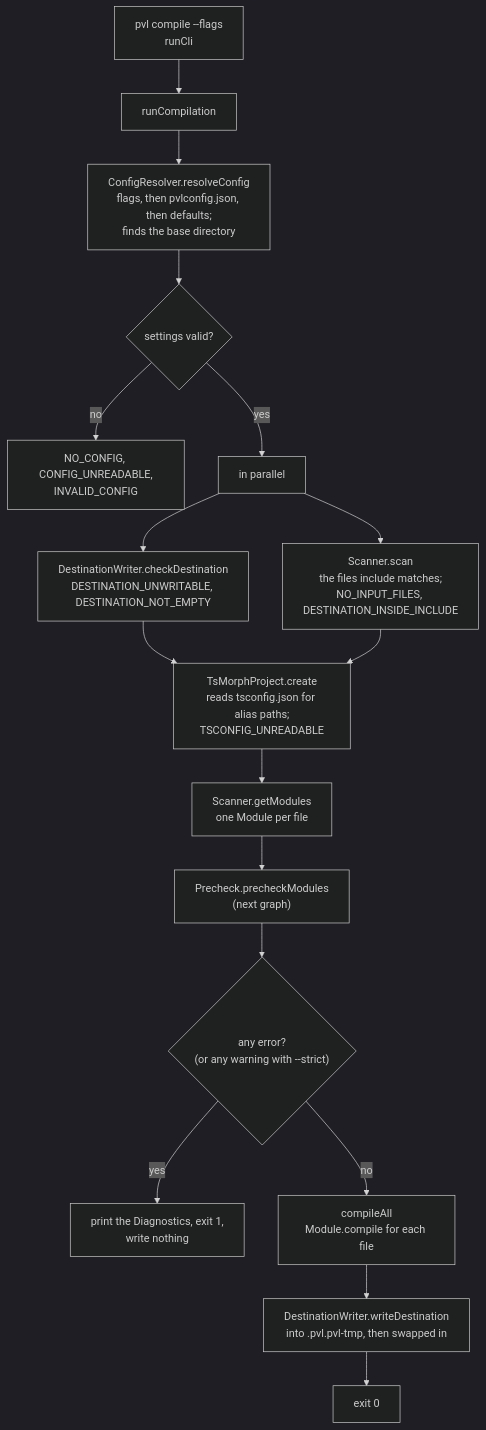
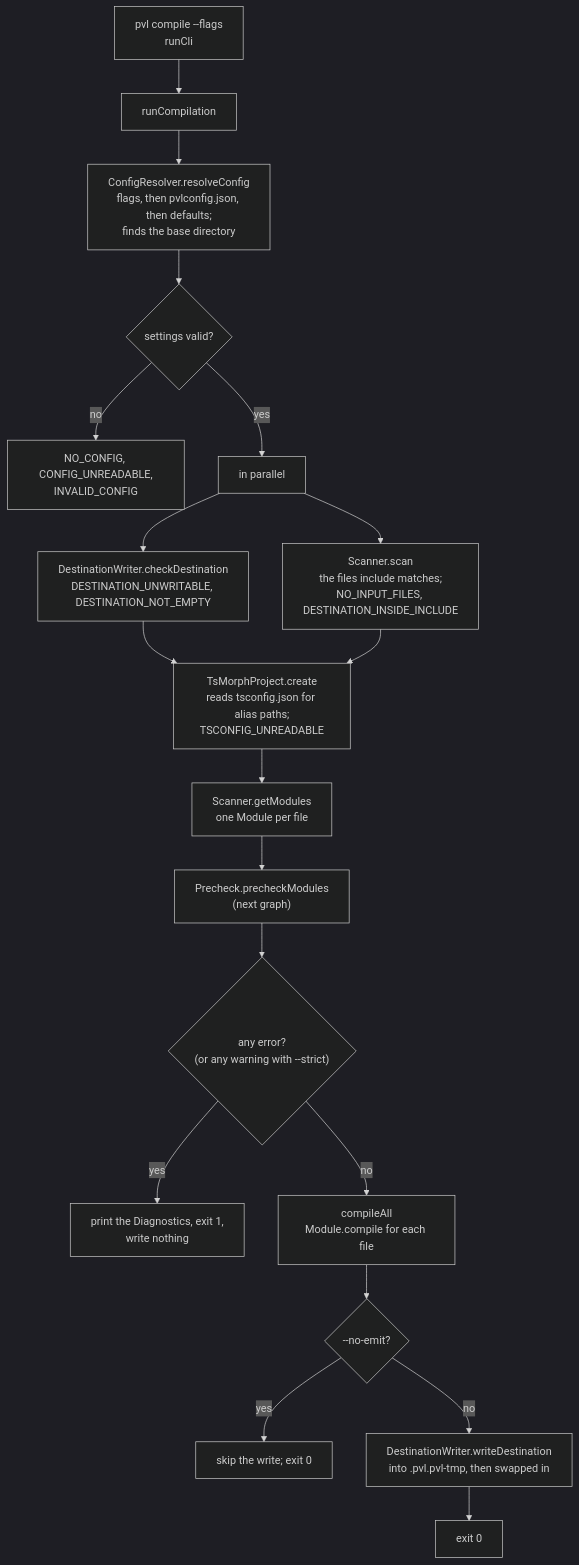
Before and after one commit to Ota-Prokopec/pvl: the second of 5 diagrams in docs/wiki/Compiler-Build-Pipeline.md, drawn with Mermaid (dark theme). The commit also changed other lines of this file and 11 other files, not shown here.

First line of the commit message:
feat(compiler): add pvl compile --no-emit

````diff
--- a/docs/wiki/Compiler-Build-Pipeline.md
+++ b/docs/wiki/Compiler-Build-Pipeline.md
@@ -37,19 +39,21 @@
 ```mermaid
 flowchart TD
     CLI["pvl compile --flags<br/>runCli"] --> RC["runCompilation"]
     RC --> CR["ConfigResolver.resolveConfig<br/>flags, then pvlconfig.json, then defaults;<br/>finds the base directory"]
     CR --> CRD{"settings valid?"}
     CRD -- no --> E1["NO_CONFIG, CONFIG_UNREADABLE,<br/>INVALID_CONFIG"]
     CRD -- yes --> PAR["in parallel"]
     PAR --> DW["DestinationWriter.checkDestination<br/>DESTINATION_UNWRITABLE, DESTINATION_NOT_EMPTY"]
     PAR --> SC["Scanner.scan<br/>the files include matches;<br/>NO_INPUT_FILES, DESTINATION_INSIDE_INCLUDE"]
     DW --> TSP["TsMorphProject.create<br/>reads tsconfig.json for alias paths;<br/>TSCONFIG_UNREADABLE"]
     SC --> TSP
     TSP --> MOD["Scanner.getModules<br/>one Module per file"]
     MOD --> PC["Precheck.precheckModules<br/>(next graph)"]
     PC --> ERR{"any error?<br/>(or any warning with --strict)"}
     ERR -- yes --> NOWRITE["print the Diagnostics, exit 1,<br/>write nothing"]
     ERR -- no --> CA["compileAll<br/>Module.compile for each file"]
-    CA --> WD["DestinationWriter.writeDestination<br/>into .pvl.pvl-tmp, then swapped in"]
+    CA --> NE{"--no-emit?"}
+    NE -- yes --> SKIP["skip the write; exit 0"]
+    NE -- no --> WD["DestinationWriter.writeDestination<br/>into .pvl.pvl-tmp, then swapped in"]
     WD --> DONE["exit 0"]
 ```
````
